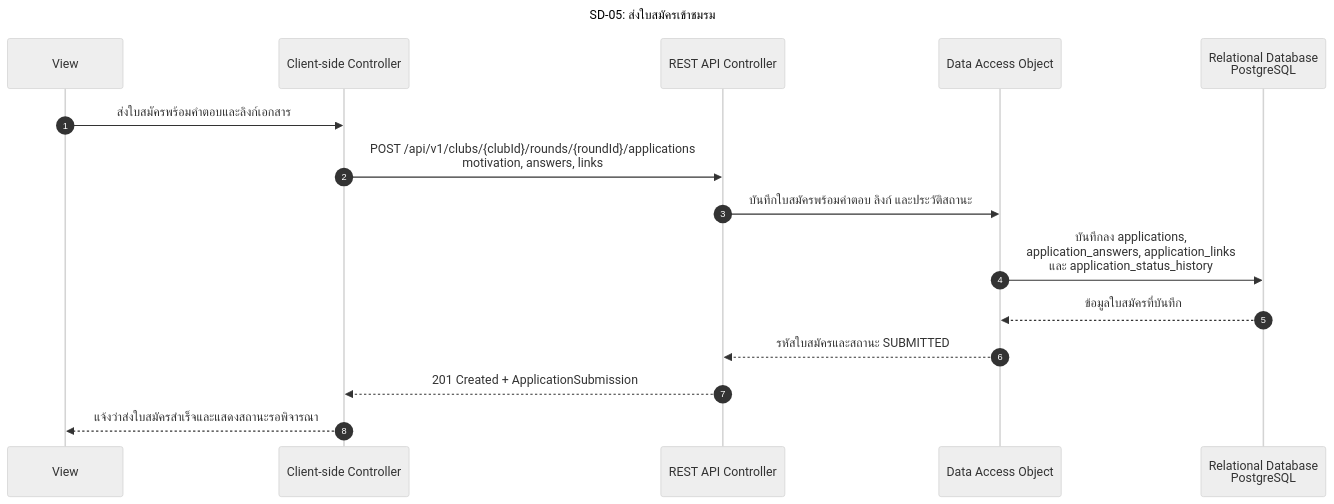
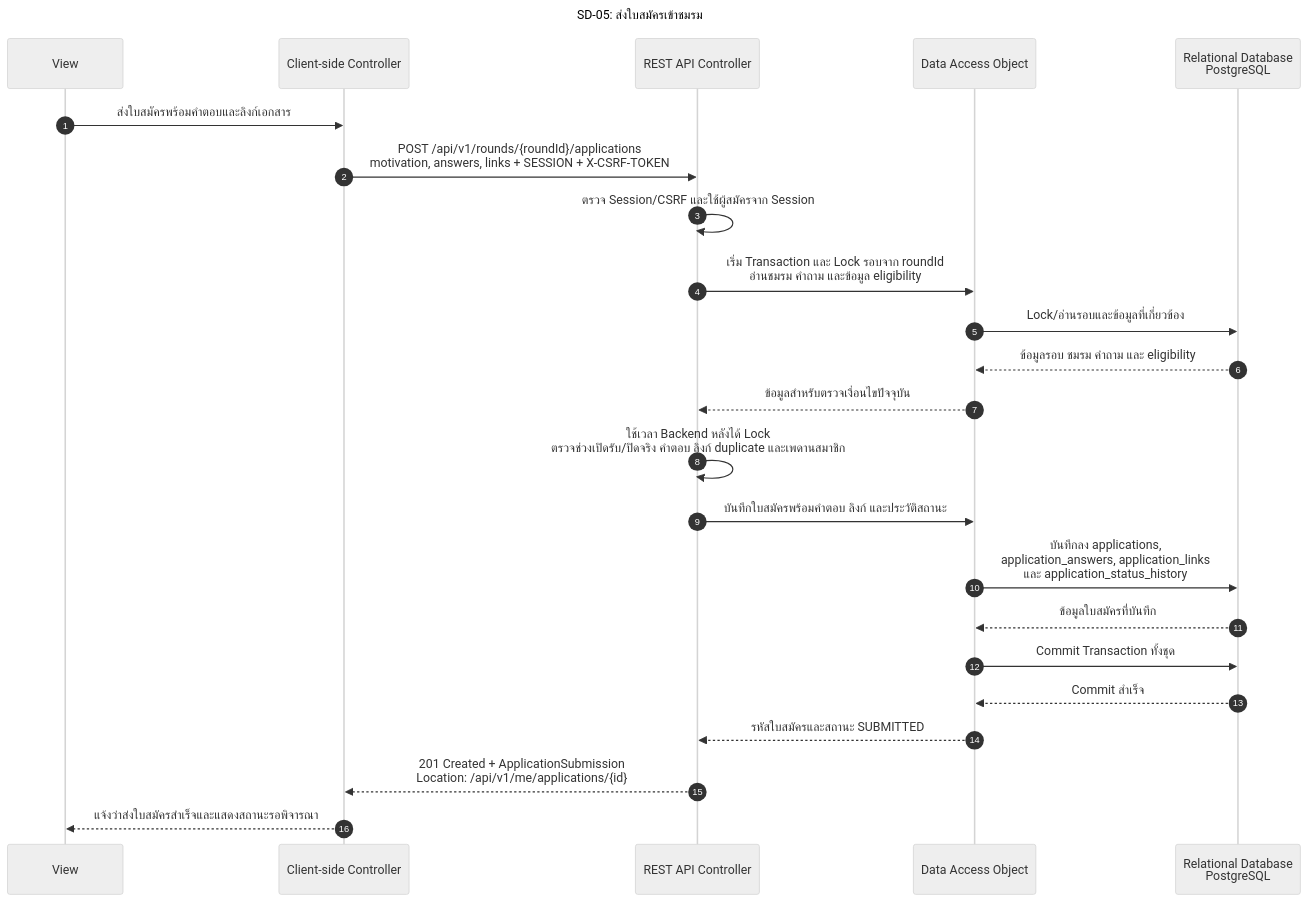
Before and after one commit to chanitnan0jr/TU_ClubHub_CS261: the diagram in docs/diagrams/sequence/SD-05-submit-application.md, drawn with Mermaid (neutral theme). The commit also changed other lines of this file and 32 other files, not shown here.

````diff
--- a/docs/diagrams/sequence/SD-05-submit-application.md
+++ b/docs/diagrams/sequence/SD-05-submit-application.md
@@ -11,21 +11,29 @@
 ```mermaid
 ---
 title: "SD-05: ส่งใบสมัครเข้าชมรม"
 ---
 sequenceDiagram
     autonumber
     participant V as View
     participant C as Client-side Controller
     participant API as REST API Controller
     participant DAO as Data Access Object
     participant DB as Relational Database<br/>PostgreSQL
 
     V->>C: ส่งใบสมัครพร้อมคำตอบและลิงก์เอกสาร
-    C->>API: POST /api/v1/clubs/{clubId}/rounds/{roundId}/applications<br/>motivation, answers, links
+    C->>API: POST /api/v1/rounds/{roundId}/applications<br/>motivation, answers, links + SESSION + X-CSRF-TOKEN
+    API->>API: ตรวจ Session/CSRF และใช้ผู้สมัครจาก Session
+    API->>DAO: เริ่ม Transaction และ Lock รอบจาก roundId<br/>อ่านชมรม คำถาม และข้อมูล eligibility
+    DAO->>DB: Lock/อ่านรอบและข้อมูลที่เกี่ยวข้อง
+    DB-->>DAO: ข้อมูลรอบ ชมรม คำถาม และ eligibility
+    DAO-->>API: ข้อมูลสำหรับตรวจเงื่อนไขปัจจุบัน
+    API->>API: ใช้เวลา Backend หลังได้ Lock<br/>ตรวจช่วงเปิดรับ/ปิดจริง คำตอบ ลิงก์ duplicate และเพดานสมาชิก
     API->>DAO: บันทึกใบสมัครพร้อมคำตอบ ลิงก์ และประวัติสถานะ
     DAO->>DB: บันทึกลง applications,<br/>application_answers, application_links<br/>และ application_status_history
     DB-->>DAO: ข้อมูลใบสมัครที่บันทึก
+    DAO->>DB: Commit Transaction ทั้งชุด
+    DB-->>DAO: Commit สำเร็จ
     DAO-->>API: รหัสใบสมัครและสถานะ SUBMITTED
-    API-->>C: 201 Created + ApplicationSubmission
+    API-->>C: 201 Created + ApplicationSubmission<br/>Location: /api/v1/me/applications/{id}
     C-->>V: แจ้งว่าส่งใบสมัครสำเร็จและแสดงสถานะรอพิจารณา
 ```
````
